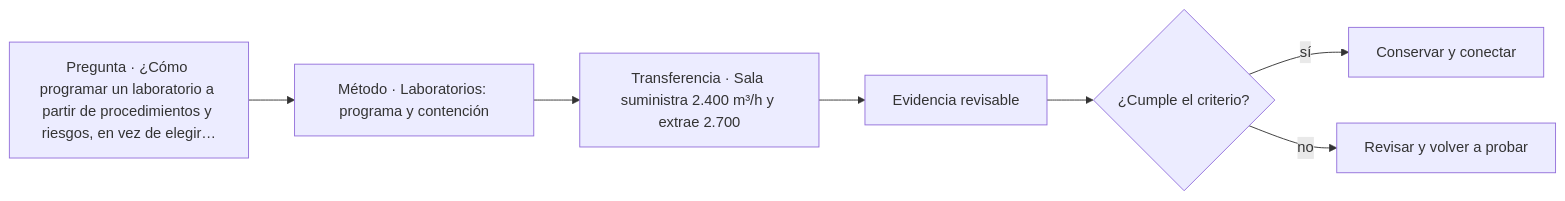
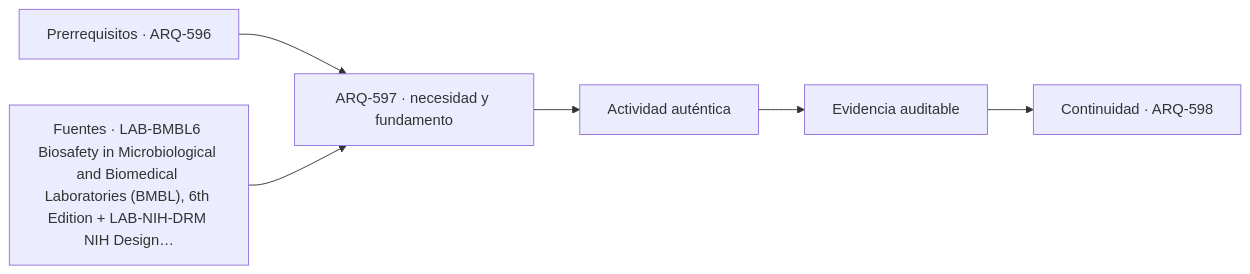
The diagram in classes/parte-60/ARQ-597.md (vladimiracunadev-create/architecture-built-environment-learning-program), drawn with Mermaid before and after one commit. The commit also changed other lines of this file and 761 other files, not shown here.

````diff
--- a/classes/parte-60/ARQ-597.md
+++ b/classes/parte-60/ARQ-597.md
@@ -93,9 +105,8 @@
 ```mermaid
 flowchart LR
-    Q["Pregunta · ¿Cómo programar un laboratorio a partir de procedimientos y riesgos, en vez de elegir…"] --> M["Método · Laboratorios: programa y contención"]
-    M --> P["Transferencia · Sala suministra 2.400 m³/h y extrae 2.700"]
-    P --> E["Evidencia revisable"]
-    E --> C{"¿Cumple el criterio?"}
-    C -->|sí| T["Conservar y conectar"]
-    C -->|no| R["Revisar y volver a probar"]
+    A["Prerrequisitos · ARQ-596"] --> B["ARQ-597 · necesidad y fundamento"]
+    S["Fuentes · LAB-BMBL6 Biosafety in Microbiological and Biomedical Laboratories (BMBL), 6th Edition + LAB-NIH-DRM NIH Design…"] --> B
+    B --> C["Actividad auténtica"]
+    C --> D["Evidencia auditable"]
+    D --> E["Continuidad · ARQ-598"]
 ```
````
